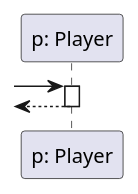
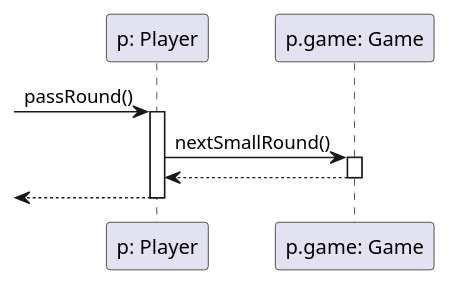
One commit to dzsem/projlab changed the diagram in diagrams/sequence/player/passRound.puml. Above: the diagram before and after it, drawn with PlantUML.

Commit message:
Implement Player.passRound()

```diff
--- a/diagrams/sequence/player/passRound.puml
+++ b/diagrams/sequence/player/passRound.puml
@@ -1,11 +1,18 @@
-@startuml passRound
+@startuml Player.passRound
 
 participant "p: Player" as p
+participant "p.game: Game" as g
 
--> p
+-> p: passRound()
 activate p
+
+p -> g: nextSmallRound()
+activate g
+
+p <-- g
+deactivate g
 
 <-- p
 deactivate p
 
 @enduml
```
